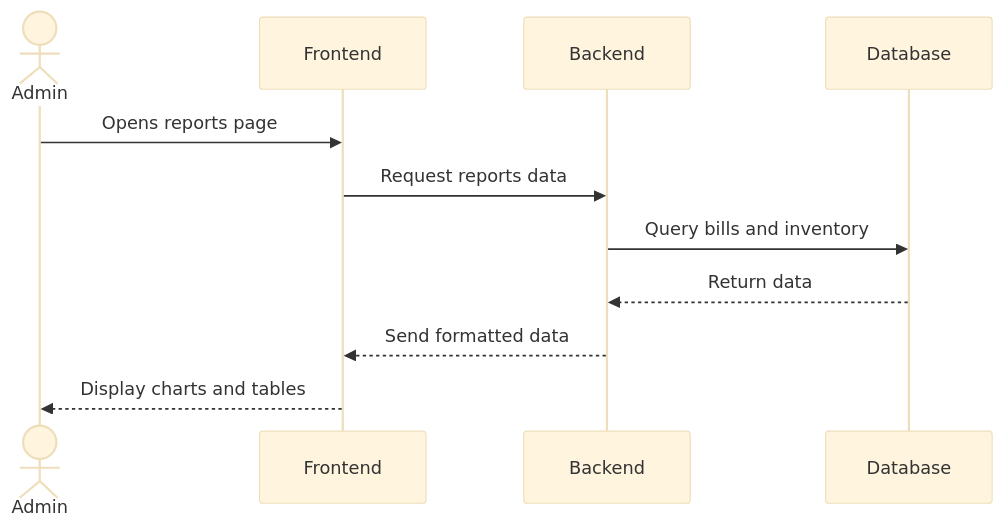
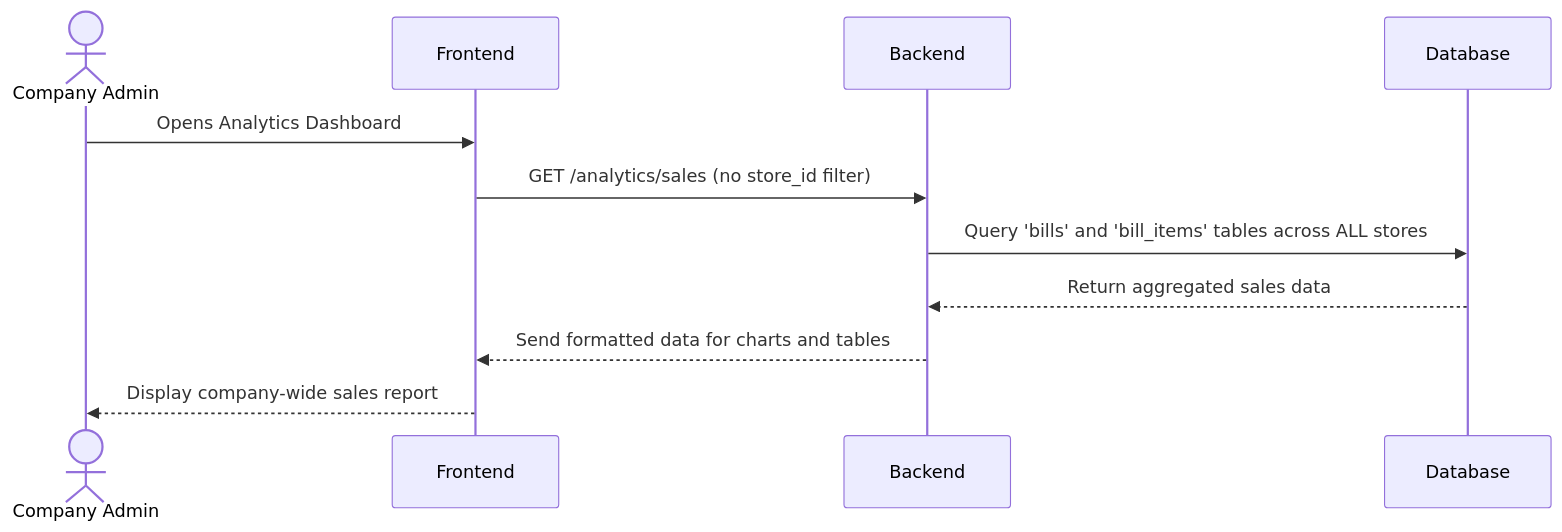
The sixth of 6 diagrams in docs/technical/data_flow.md (rohitagarwal-gkmit/retailpulse-docs), drawn with Mermaid before and after one commit. The commit also changed other lines of this file and 8 other files, not shown here.

Commit message:
[refactor]: update future enhancements, index overview, API design, authentication flow, data flow diagrams, schema design, and use cases to detail for multi-store management and inventory tracking.

````diff
--- a/docs/technical/data_flow.md
+++ b/docs/technical/data_flow.md
@@ -100,15 +140,14 @@
 ```mermaid
-%%{init: {'theme':'base', 'themeVariables': { 'fontSize':'18px', 'fontFamily':'Arial'}}}%%
 sequenceDiagram
-    actor Admin
+    actor Company Admin
     participant UI as Frontend
     participant API as Backend
     participant DB as Database
 
-    Admin->>UI: Opens reports page
-    UI->>API: Request reports data
-    API->>DB: Query bills and inventory
-    DB-->>API: Return data
-    API-->>UI: Send formatted data
-    UI-->>Admin: Display charts and tables
+    Company Admin->>UI: Opens Analytics Dashboard
+    UI->>API: GET /analytics/sales (no store_id filter)
+    API->>DB: Query 'bills' and 'bill_items' tables across ALL stores
+    DB-->>API: Return aggregated sales data
+    API-->>UI: Send formatted data for charts and tables
+    UI-->>Company Admin: Display company-wide sales report
 ```
````
